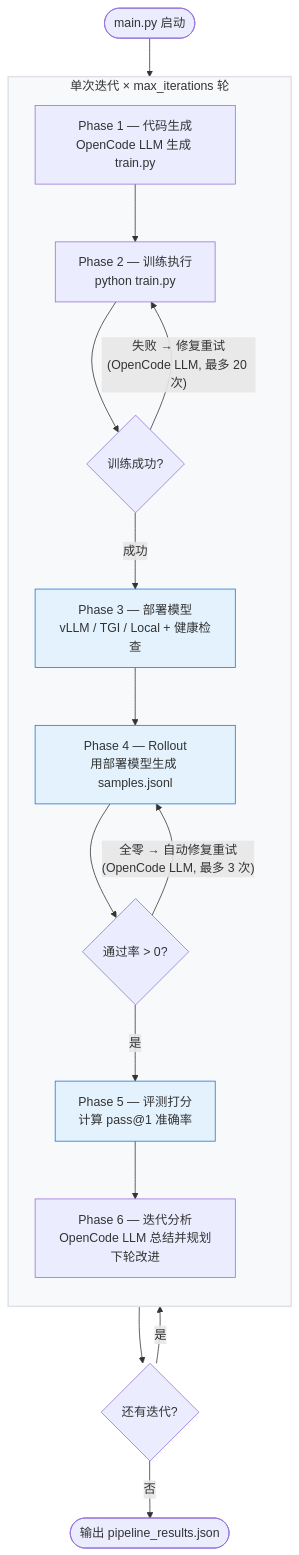
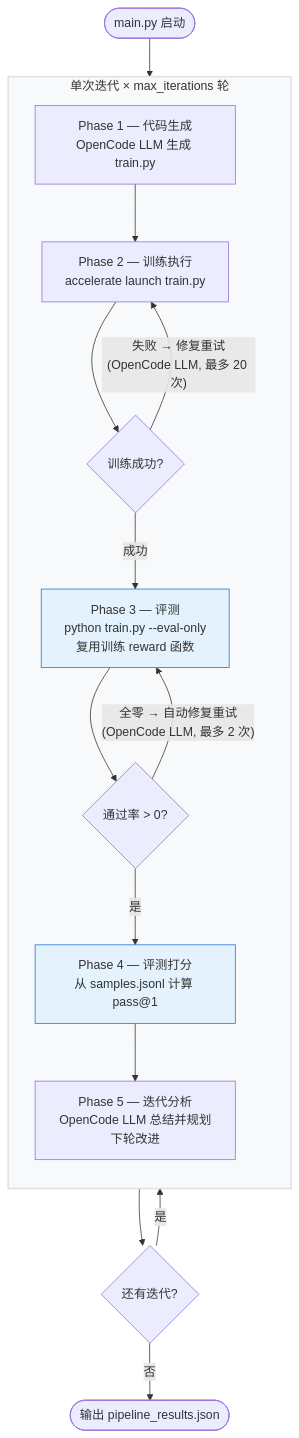
Before and after one commit to shatianming5/opencode-rl: the diagram in README.md, drawn with Mermaid. The commit also changed other lines of this file and 15 other files, not shown here.

````diff
--- a/README.md
+++ b/README.md
@@ -241,28 +217,26 @@
 ```mermaid
 flowchart TD
     Start(["main.py 启动"]) --> A
 
     subgraph Iter ["单次迭代  ×  max_iterations 轮"]
         direction TB
 
         A["Phase 1 — 代码生成<br/>OpenCode LLM 生成 train.py"]
-        A --> B["Phase 2 — 训练执行<br/>python train.py"]
+        A --> B["Phase 2 — 训练执行<br/>accelerate launch train.py"]
         B --> C{训练成功?}
         C -- "失败 → 修复重试<br/>(OpenCode LLM, 最多 20 次)" --> B
-        C -- 成功 --> D["Phase 3 — 部署模型<br/>vLLM / TGI / Local + 健康检查"]
-        D --> E["Phase 4 — Rollout<br/>用部署模型生成 samples.jsonl"]
-        E --> F{通过率 > 0?}
-        F -- "全零 → 自动修复重试<br/>(OpenCode LLM, 最多 3 次)" --> E
-        F -- 是 --> G["Phase 5 — 评测打分<br/>计算 pass@1 准确率"]
-        G --> H["Phase 6 — 迭代分析<br/>OpenCode LLM 总结并规划下轮改进"]
+        C -- 成功 --> D["Phase 3 — 评测<br/>python train.py --eval-only<br/>复用训练 reward 函数"]
+        D --> E{通过率 > 0?}
+        E -- "全零 → 自动修复重试<br/>(OpenCode LLM, 最多 2 次)" --> D
+        E -- 是 --> F["Phase 4 — 评测打分<br/>从 samples.jsonl 计算 pass@1"]
+        F --> G["Phase 5 — 迭代分析<br/>OpenCode LLM 总结并规划下轮改进"]
     end
 
-    H --> More{还有迭代?}
+    G --> More{还有迭代?}
     More -- 是 --> A
     More -- 否 --> End(["输出 pipeline_results.json"])
 
     style Iter fill:#f8f9fa,stroke:#dee2e6,stroke-width:2px
     style D fill:#e3f2fd,stroke:#1976d2
-    style E fill:#e3f2fd,stroke:#1976d2
-    style G fill:#e3f2fd,stroke:#1976d2
+    style F fill:#e3f2fd,stroke:#1976d2
 ```
````
